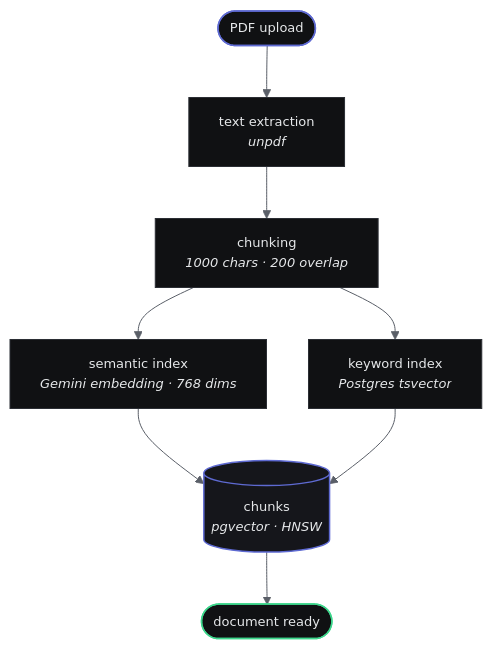
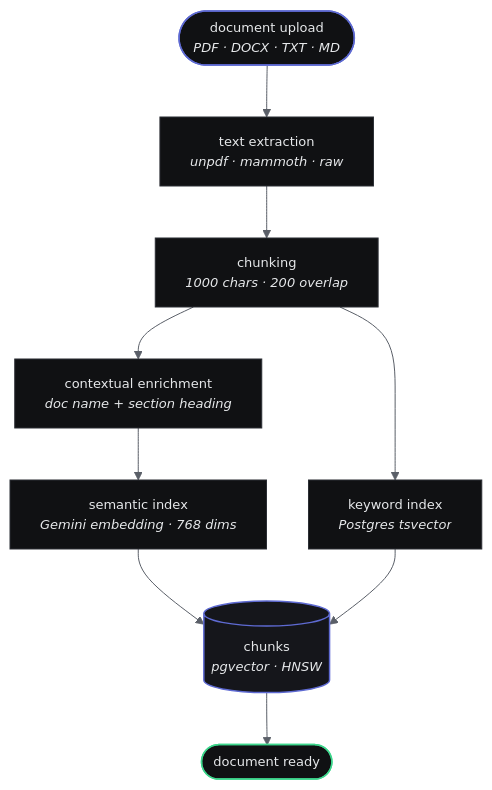
The second of 5 diagrams in README.md (itsyashbisht/IntelliVault-Enterprise), drawn with Mermaid before and after one commit. The commit also changed other lines of this file, not shown here.

First line of the commit message:
feat: enhance README with multi-format ingestion, contextual chunking, and query rewriting details

````diff
--- a/README.md
+++ b/README.md
@@ -88,18 +92,19 @@
 ```mermaid
 %%{init: {"theme":"base","themeVariables":{"fontFamily":"Inter, Segoe UI, sans-serif","fontSize":"13px","primaryColor":"#101113","primaryTextColor":"#e6e8ea","primaryBorderColor":"#2b2e34","lineColor":"#5a5f68","edgeLabelBackground":"#0b0c0e"},"flowchart":{"curve":"basis","nodeSpacing":42,"rankSpacing":52}}}%%
 flowchart TD
-    A(["PDF upload"]) --> B["text extraction<br/><i>unpdf</i>"]
+    A(["document upload<br/><i>PDF · DOCX · TXT · MD</i>"]) --> B["text extraction<br/><i>unpdf · mammoth · raw</i>"]
     B --> C["chunking<br/><i>1000 chars · 200 overlap</i>"]
-    C --> D["semantic index<br/><i>Gemini embedding · 768 dims</i>"]
+    C --> C2["contextual enrichment<br/><i>doc name + section heading</i>"]
+    C2 --> D["semantic index<br/><i>Gemini embedding · 768 dims</i>"]
     C --> E["keyword index<br/><i>Postgres tsvector</i>"]
     D --> F[("chunks<br/><i>pgvector · HNSW</i>")]
     E --> F
     F --> G(["document ready"])
 
     classDef entry stroke:#5e6ad2,stroke-width:1.5px
     classDef store fill:#15161b,stroke:#5e6ad2,stroke-width:1.5px
     classDef exit stroke:#3dd68c,stroke-width:1.5px
     class A entry
     class F store
     class G exit
 ```
````
